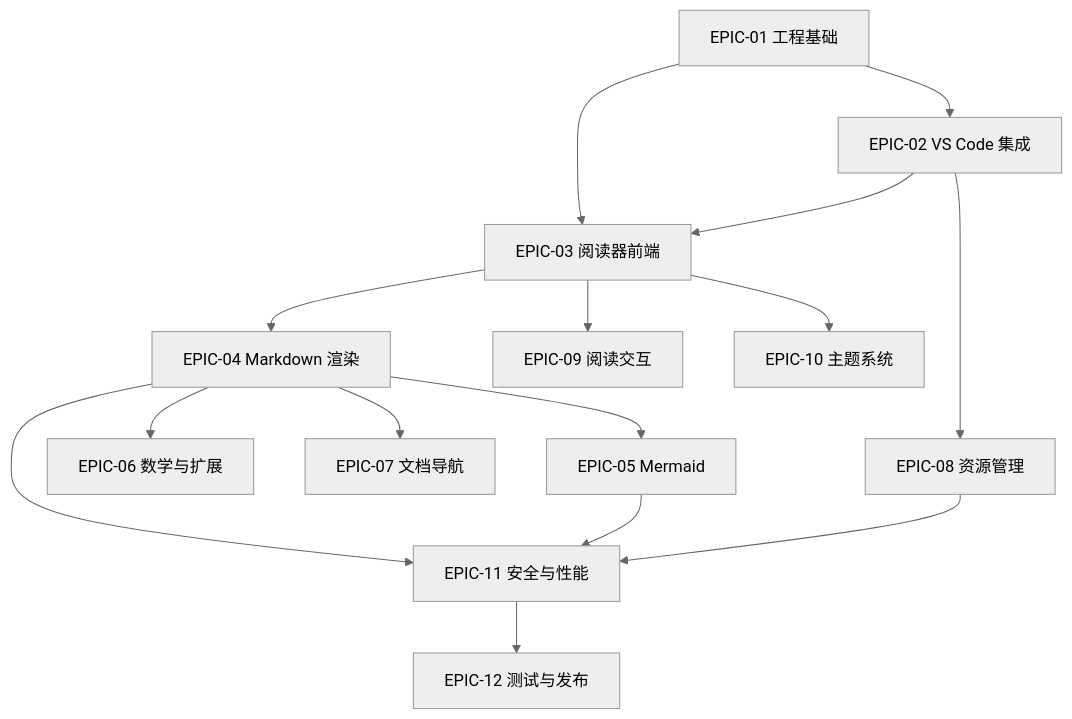
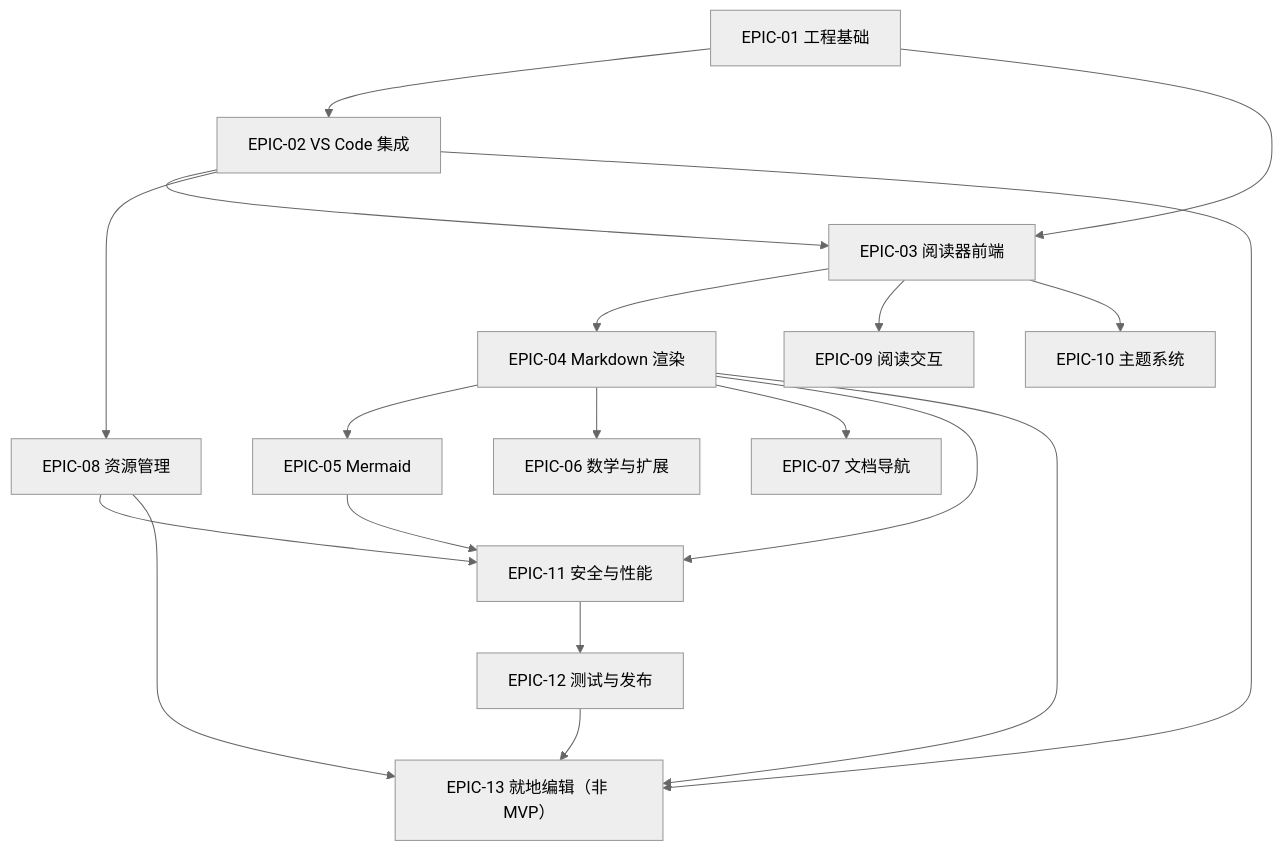
The first of 2 diagrams in docs/IMP-002：Readora 开发任务分解规范.md (RegalPine/readora), drawn with Mermaid (neutral theme) before and after one commit. The commit also changed other lines of this file and 8 other files, not shown here.

First line of the commit message:
feat(architecture): 实现就地编辑支持与编辑写回安全边界

````diff
--- a/docs/IMP-002：Readora 开发任务分解规范.md
+++ b/docs/IMP-002：Readora 开发任务分解规范.md
@@ -167,30 +181,36 @@
 ```mermaid
 flowchart TD
     E01["EPIC-01 工程基础"]
     E02["EPIC-02 VS Code 集成"]
     E03["EPIC-03 阅读器前端"]
     E04["EPIC-04 Markdown 渲染"]
     E05["EPIC-05 Mermaid"]
     E06["EPIC-06 数学与扩展"]
     E07["EPIC-07 文档导航"]
     E08["EPIC-08 资源管理"]
     E09["EPIC-09 阅读交互"]
     E10["EPIC-10 主题系统"]
     E11["EPIC-11 安全与性能"]
     E12["EPIC-12 测试与发布"]
+    E13["EPIC-13 就地编辑（非 MVP）"]
 
     E01 --> E02
     E01 --> E03
     E02 --> E03
     E03 --> E04
     E04 --> E05
     E04 --> E06
     E04 --> E07
     E02 --> E08
     E03 --> E09
     E03 --> E10
     E04 --> E11
     E05 --> E11
     E08 --> E11
     E11 --> E12
+    E04 --> E13
+    E02 --> E13
+    E08 --> E13
+    %% EPIC-13 挂在发布后（IMP-003 §8 V1.4.x），因此方向是 E12 → E13 而不是反过来
+    E12 --> E13
 ```
````
